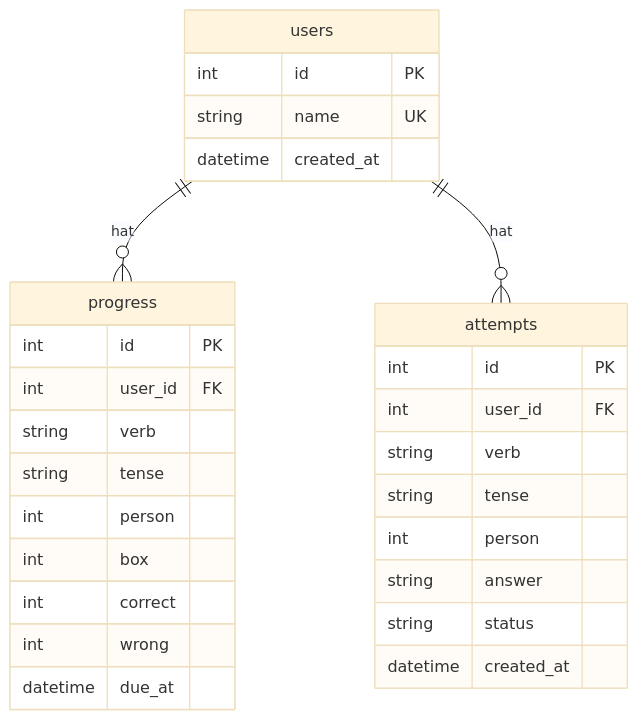
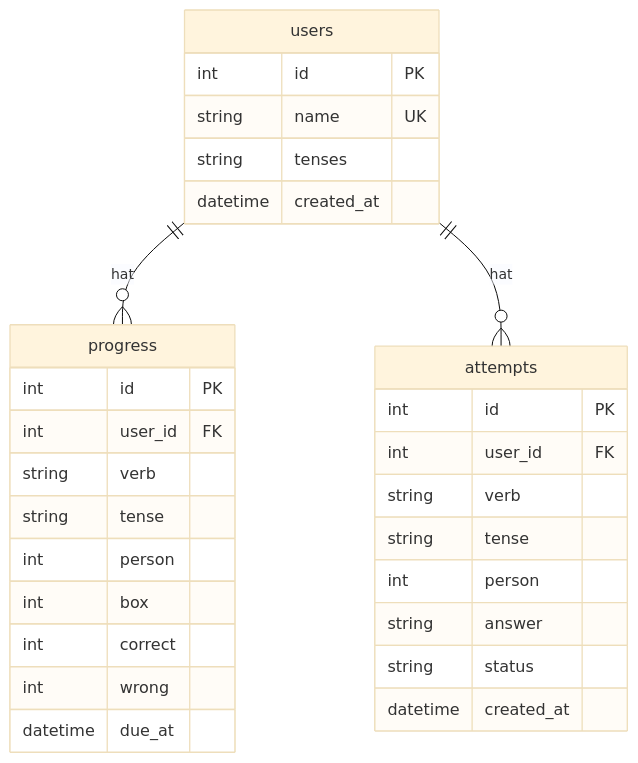
Before and after one commit to ShesKay/Coniuga: the second of 3 diagrams in docs/architecture.md, drawn with Mermaid (base theme). The commit also changed other lines of this file and 10 other files, not shown here.

````diff
--- a/docs/architecture.md
+++ b/docs/architecture.md
@@ -31,25 +31,26 @@
 ```mermaid
 erDiagram
     users ||--o{ progress : hat
     users ||--o{ attempts : hat
     users { int id PK
             string name UK
+            string tenses
             datetime created_at }
     progress { int id PK
                int user_id FK
                string verb
                string tense
                int person
                int box
                int correct
                int wrong
                datetime due_at }
     attempts { int id PK
                int user_id FK
                string verb
                string tense
                int person
                string answer
                string status
                datetime created_at }
 ```
````
